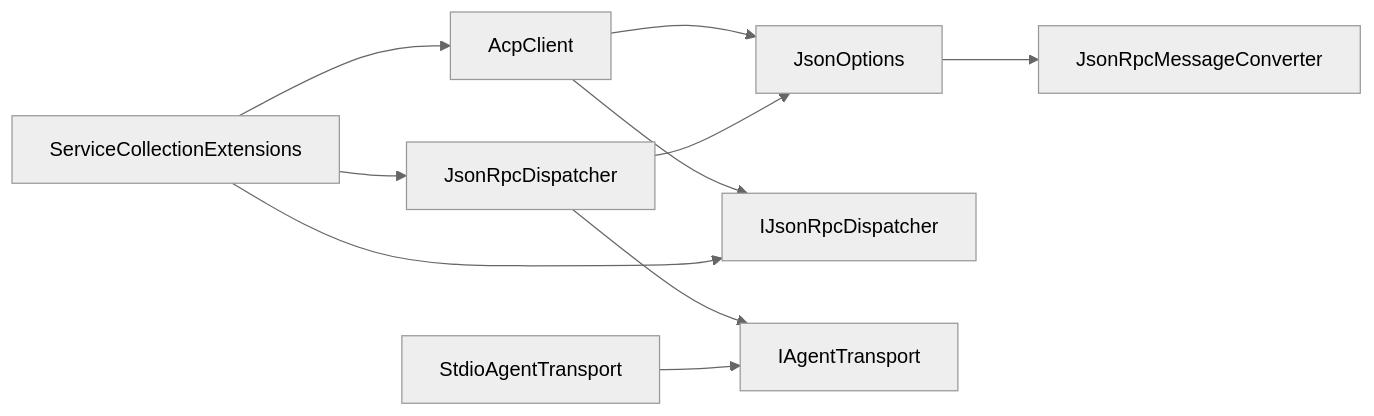
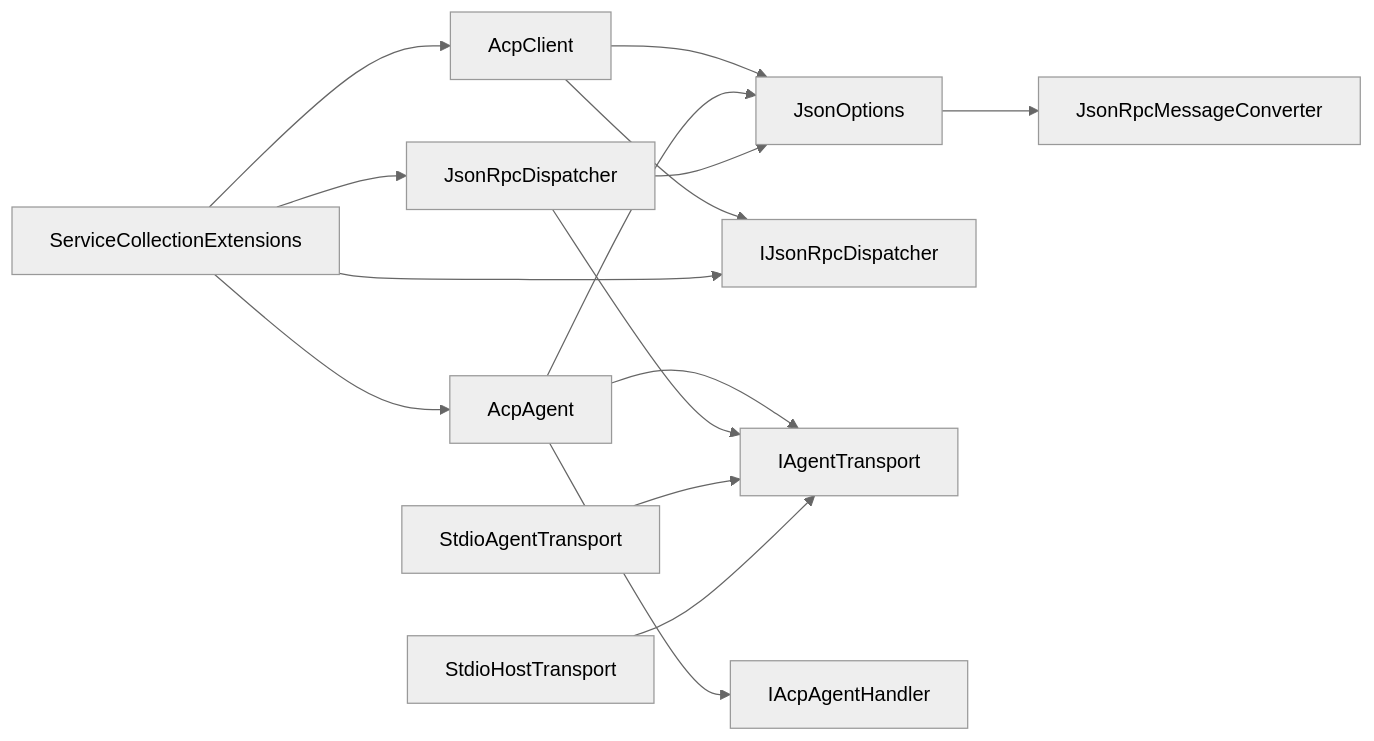
One commit to AgenticDesktop/ACPLibrary changed diagram 11 of 11 in .qoder/repowiki/en/content/Configuration and Setup.md. Above: the diagram before and after it, drawn with Mermaid (neutral theme). The commit also changed other lines of this file and 63 other files, not shown here.

````diff
--- a/.qoder/repowiki/en/content/Configuration and Setup.md
+++ b/.qoder/repowiki/en/content/Configuration and Setup.md
@@ -332,12 +456,17 @@
 ```mermaid
 graph LR
 JO["JsonOptions"] --> JMC["JsonRpcMessageConverter"]
 AC["AcpClient"] --> JO
 AC --> IJD["IJsonRpcDispatcher"]
+AA["AcpAgent"] --> JO
+AA --> IAT["IAgentTransport"]
+AA --> IAH["IAcpAgentHandler"]
 JRD["JsonRpcDispatcher"] --> JO
-JRD --> IAT["IAgentTransport"]
+JRD --> IAT
 SAT["StdioAgentTransport"] --> IAT
+SHT["StdioHostTransport"] --> IAT
 SCE["ServiceCollectionExtensions"] --> AC
+SCE --> AA
 SCE --> IJD
 SCE --> JRD
 ```
````
